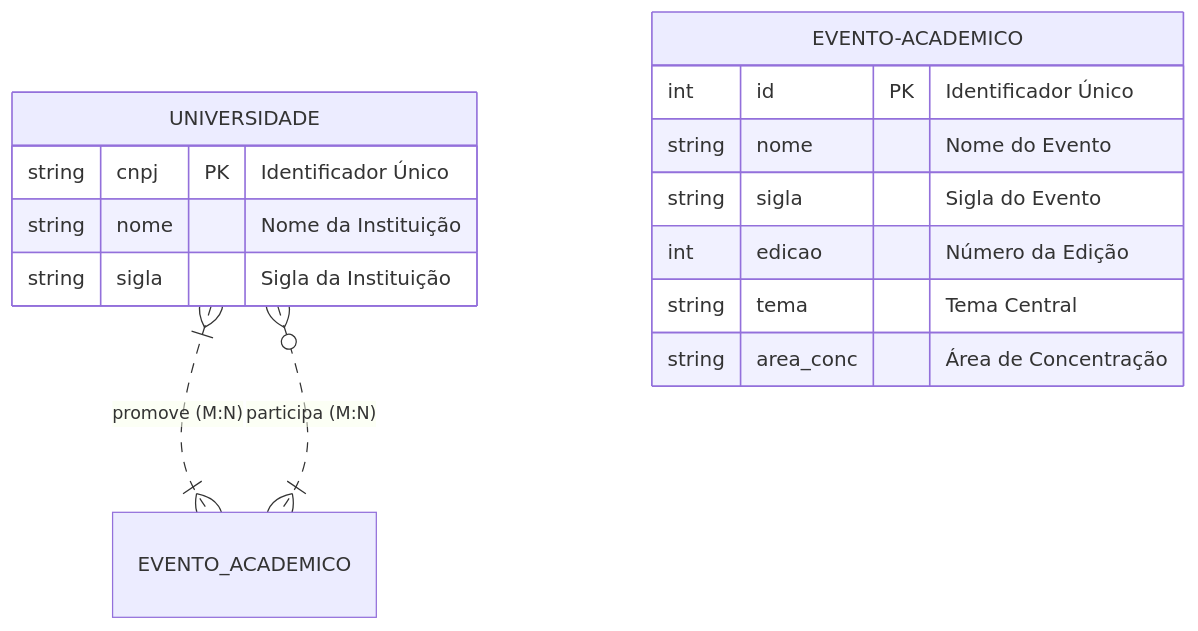
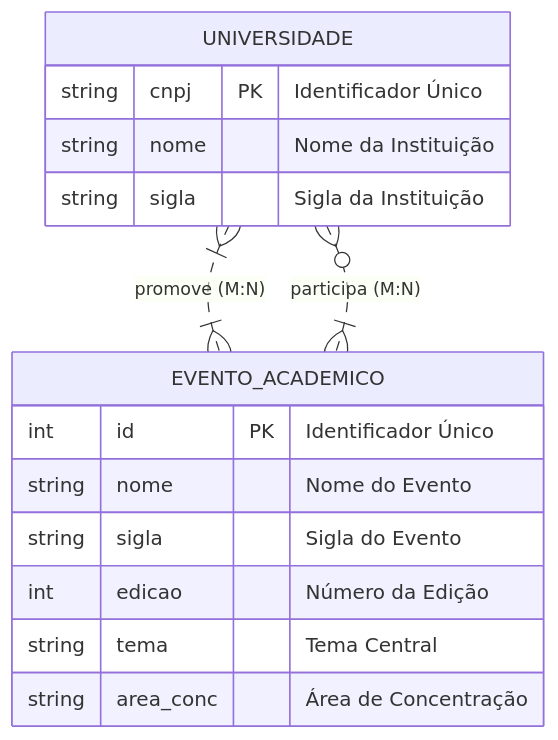
The first of 3 diagrams in S1_Modelo_Conceitual/README.md (SuzanaBTI/Banco_de_Dados_UNIVESP), drawn with Mermaid before and after one commit. The commit also changed other lines of this file, not shown here.

````diff
--- a/S1_Modelo_Conceitual/README.md
+++ b/S1_Modelo_Conceitual/README.md
@@ -21,18 +21,18 @@
 ```mermaid
 erDiagram
     UNIVERSIDADE {
         string cnpj PK "Identificador Único"
         string nome "Nome da Instituição"
         string sigla "Sigla da Instituição"
     }
-    EVENTO-ACADEMICO {
+    EVENTO_ACADEMICO {
         int id PK "Identificador Único"
         string nome "Nome do Evento"
         string sigla "Sigla do Evento"
         int edicao "Número da Edição"
         string tema "Tema Central"
         string area_conc "Área de Concentração"
     }
     UNIVERSIDADE }|..|{ EVENTO_ACADEMICO : "promove (M:N)"
     UNIVERSIDADE }o..|{ EVENTO_ACADEMICO : "participa (M:N)"
 ```
````
